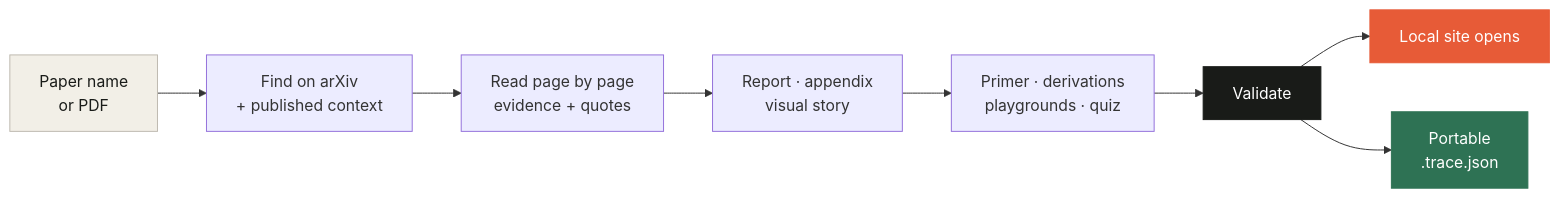
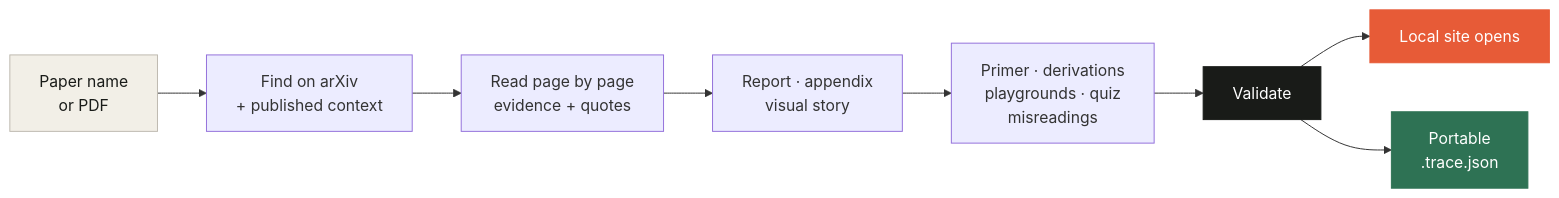
One commit to Ahmet-Ruchan/trace-research-paper-studio changed the first of 2 diagrams in README.md. Above: the diagram before and after it, drawn with Mermaid. The commit also changed other lines of this file, not shown here.

````diff
--- a/README.md
+++ b/README.md
@@ -96,15 +84,15 @@
 ```mermaid
 flowchart LR
     A["Paper name<br/>or PDF"] --> B["Find on arXiv<br/>+ published context"]
     B --> C["Read page by page<br/>evidence + quotes"]
     C --> D["Report · appendix<br/>visual story"]
-    D --> E["Primer · derivations<br/>playgrounds · quiz"]
+    D --> E["Primer · derivations<br/>playgrounds · quiz<br/>misreadings"]
     E --> F["Validate"]
     F --> G["Local site opens"]
     F --> H["Portable<br/>.trace.json"]
 
     style A fill:#f2efe7,stroke:#beb9af,color:#191b18
     style F fill:#191b18,stroke:#191b18,color:#ffffff
     style G fill:#e75b37,stroke:#e75b37,color:#ffffff
     style H fill:#2e7254,stroke:#2e7254,color:#ffffff
 ```
````
